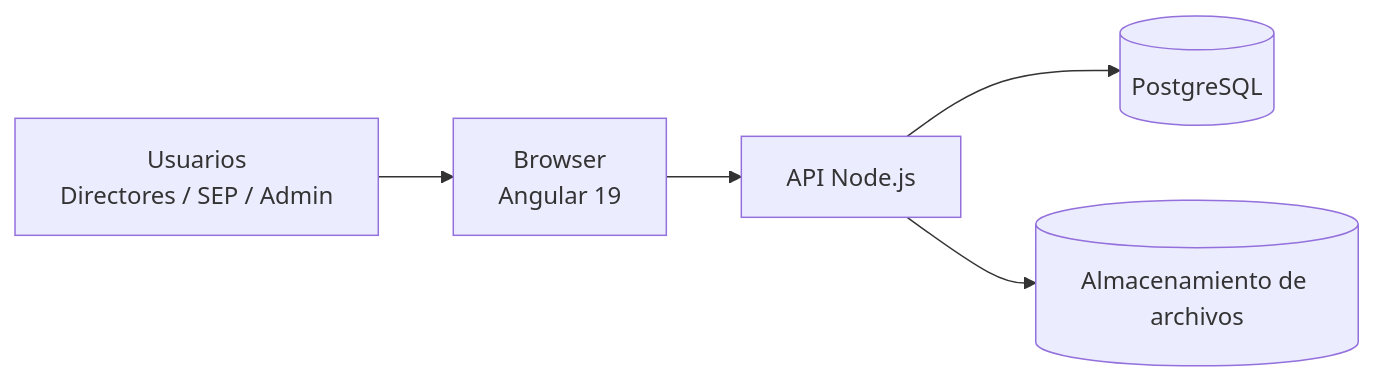
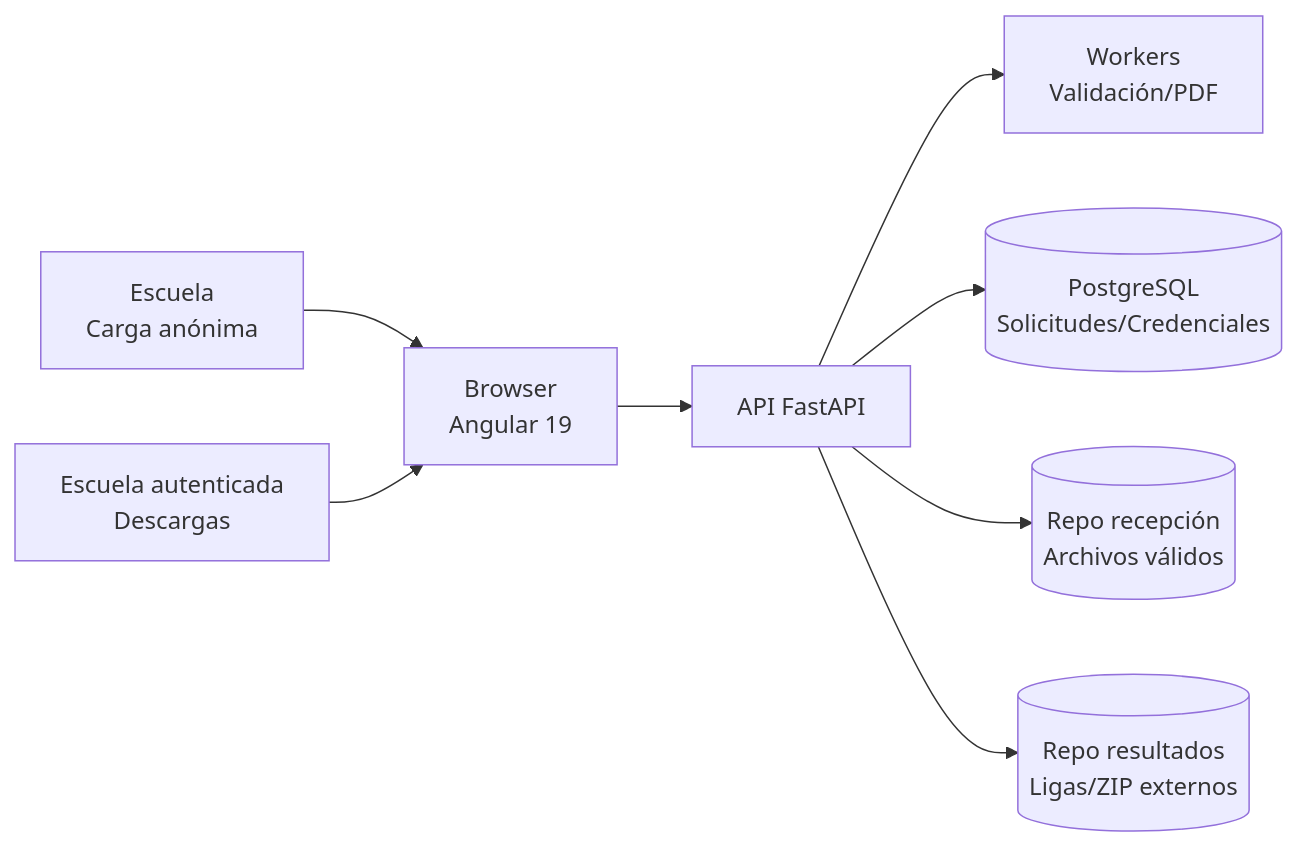
One commit to dleonsystem/sep_evaluacion_diagnostica changed the diagram in web/doc/arquitectura_software.md. Above: the diagram before and after it, drawn with Mermaid. The commit also changed other lines of this file and 6 other files, not shown here.

````diff
--- a/web/doc/arquitectura_software.md
+++ b/web/doc/arquitectura_software.md
@@ -49,11 +49,18 @@
 ```mermaid
 flowchart LR
-    U[Usuarios
-Directores / SEP / Admin] --> B[Browser
-Angular 19]
+    U[Escuela
+    Carga anónima] --> B[Browser
+    Angular 19]
+    D[Escuela autenticada
+    Descargas] --> B
 
-    B --> A[API Node.js]
-    A --> DB[(PostgreSQL)]
-    A --> FS[(Almacenamiento de archivos)]
-
+    B --> API[API FastAPI]
+    API --> W[Workers
+    Validación/PDF]
+    API --> DB[(PostgreSQL
+    Solicitudes/Credenciales)]
+    API --> FS1[(Repo recepción
+    Archivos válidos)]
+    API --> FS2[(Repo resultados
+    Ligas/ZIP externos)]
 ```
````
